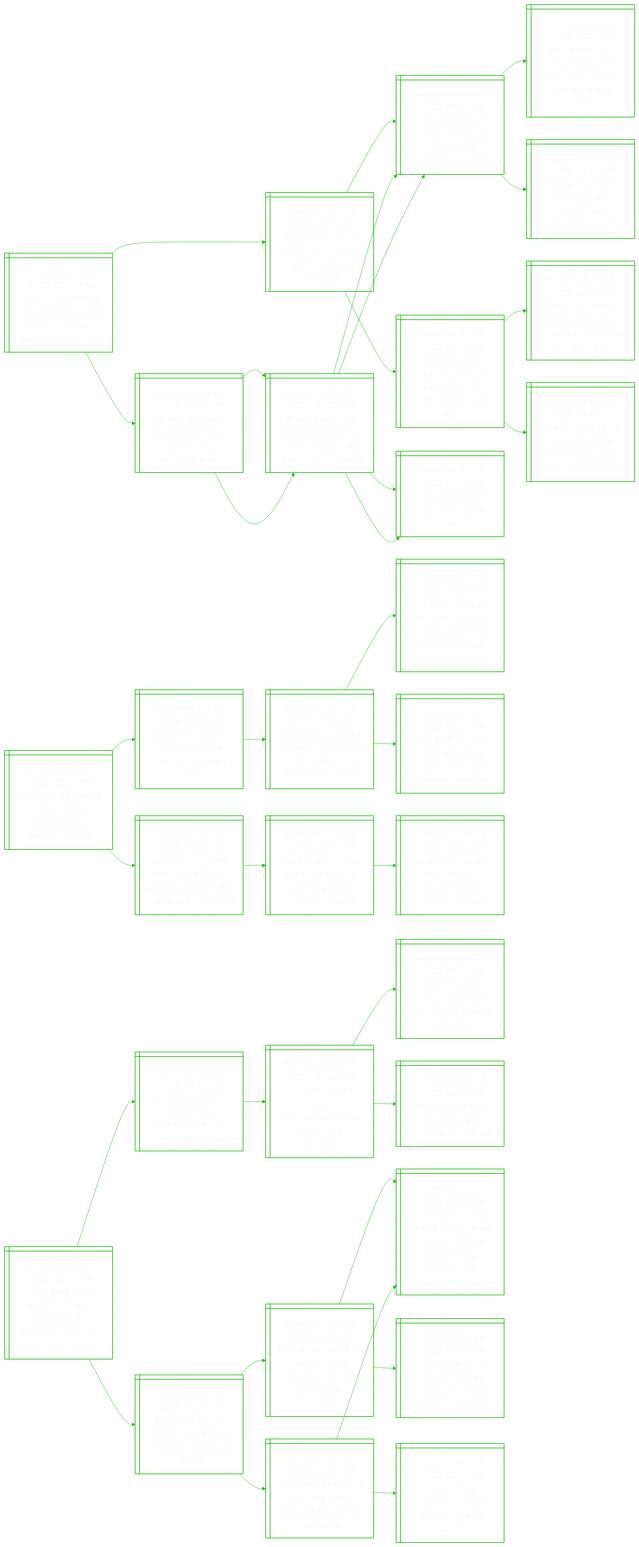
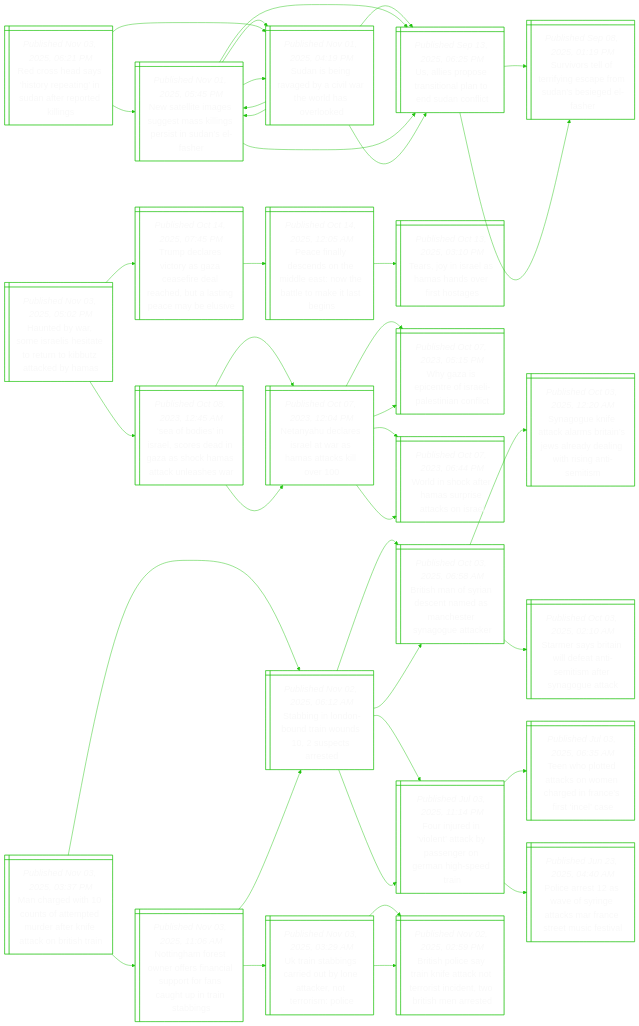
The diagram in README.md (notJmes/notJmes), drawn with Mermaid before and after one commit. The commit also changed other lines of this file, not shown here.

````diff
--- a/README.md
+++ b/README.md
@@ -16,8 +16,82 @@
 flowchart LR
 classDef txtsize font-size:20px;
 
-Bsibscktneilies@{ shape: win-pane, label: "_Published Nov 03, 2025, 03:37 PM_
-British train stabbing suspect not known to counter-terrorism police, minister says" }
+Roasopnufeel@{ shape: win-pane, label: "_Published Nov 03, 2025, 06:21 PM_
+Red cross head says ‘history repeating’ in sudan after reported killings" }
+Nttggmigsnna@{ shape: win-pane, label: "_Published Nov 01, 2025, 05:45 PM_
+New satellite images suggest mass killings persist in sudan’s el-fasher" }
+Sinayitrsld@{ shape: win-pane, label: "_Published Nov 01, 2025, 04:19 PM_
+Sudan is being ravaged by a civil war the world has overlooked" }
+Nttggmigsnna@{ shape: win-pane, label: "_Published Nov 01, 2025, 05:45 PM_
+New satellite images suggest mass killings persist in sudan’s el-fasher" }
+Uiotiandnl@{ shape: win-pane, label: "_Published Sep 13, 2025, 06:25 PM_
+Us, allies propose transitional plan to end sudan conflict" }
+Uiotiandnl@{ shape: win-pane, label: "_Published Sep 13, 2025, 06:25 PM_
+Us, allies propose transitional plan to end sudan conflict" }
+SvetfeeSsele@{ shape: win-pane, label: "_Published Sep 08, 2025, 01:19 PM_
+Survivors tell of terrifying escape from sudan’s besieged el-fasher" }
+Sinayitrsld@{ shape: win-pane, label: "_Published Nov 01, 2025, 04:19 PM_
+Sudan is being ravaged by a civil war the world has overlooked" }
+Nttggmigsnna@{ shape: win-pane, label: "_Published Nov 01, 2025, 05:45 PM_
+New satellite images suggest mass killings persist in sudan’s el-fasher" }
+Sinayitrsld@{ shape: win-pane, label: "_Published Nov 01, 2025, 04:19 PM_
+Sudan is being ravaged by a civil war the world has overlooked" }
+Uiotiandnl@{ shape: win-pane, label: "_Published Sep 13, 2025, 06:25 PM_
+Us, allies propose transitional plan to end sudan conflict" }
+Uiotiandnl@{ shape: win-pane, label: "_Published Sep 13, 2025, 06:25 PM_
+Us, allies propose transitional plan to end sudan conflict" }
+SvetfeeSsele@{ shape: win-pane, label: "_Published Sep 08, 2025, 01:19 PM_
+Survivors tell of terrifying escape from sudan’s besieged el-fasher" }
+
+Roasopnufeel:::txtsize --> Nttggmigsnna:::txtsize
+Nttggmigsnna:::txtsize --> Sinayitrsld:::txtsize
+Sinayitrsld:::txtsize --> Nttggmigsnna:::txtsize
+Sinayitrsld:::txtsize --> Uiotiandnl:::txtsize
+Nttggmigsnna:::txtsize --> Uiotiandnl:::txtsize
+Uiotiandnl:::txtsize --> SvetfeeSsele:::txtsize
+Roasopnufeel:::txtsize --> Sinayitrsld:::txtsize
+Sinayitrsld:::txtsize --> Nttggmigsnna:::txtsize
+Nttggmigsnna:::txtsize --> Sinayitrsld:::txtsize
+Nttggmigsnna:::txtsize --> Uiotiandnl:::txtsize
+Sinayitrsld:::txtsize --> Uiotiandnl:::txtsize
+Uiotiandnl:::txtsize --> SvetfeeSsele:::txtsize
+
+Heaeeetetbtea@{ shape: win-pane, label: "_Published Nov 03, 2025, 05:02 PM_
+Haunted by war, some israelis hesitate to return to kibbutz attacked by hamas" }
+Tdrcaaededlncbs@{ shape: win-pane, label: "_Published Oct 14, 2025, 07:45 PM_
+Trump declares victory as gaza ceasefire deal reached, but a lasting peace may be elusive" }
+PflcoMeNelale@{ shape: win-pane, label: "_Published Oct 14, 2025, 12:05 AM_
+Peace finally descends on the middle east: now the battle to make it last begins" }
+TjIlmnest@{ shape: win-pane, label: "_Published Oct 13, 2025, 03:10 PM_
+Tears, joy in israel as hamas hands over first hostages" }
+Sbsrcdnacaale@{ shape: win-pane, label: "_Published Oct 08, 2023, 12:45 AM_
+‘sea of bodies’ in israel, scores dead in gaza as shock hamas attack unleashes war" }
+NyeeawHakl@{ shape: win-pane, label: "_Published Oct 07, 2023, 12:04 PM_
+Netanyahu declares israel at war as hamas attacks kill over 100" }
+WzptIleint@{ shape: win-pane, label: "_Published Oct 07, 2023, 05:15 PM_
+Why gaza is epicentre of israeli-palestinian conflict" }
+Wiceapaks@{ shape: win-pane, label: "_Published Oct 07, 2023, 06:44 PM_
+World in shock after hamas surprise attacks on israel" }
+NyeeawHakl@{ shape: win-pane, label: "_Published Oct 07, 2023, 12:04 PM_
+Netanyahu declares israel at war as hamas attacks kill over 100" }
+WzptIleint@{ shape: win-pane, label: "_Published Oct 07, 2023, 05:15 PM_
+Why gaza is epicentre of israeli-palestinian conflict" }
+Wiceapaks@{ shape: win-pane, label: "_Published Oct 07, 2023, 06:44 PM_
+World in shock after hamas surprise attacks on israel" }
+
+Heaeeetetbtea:::txtsize --> Tdrcaaededlncbs:::txtsize
+Tdrcaaededlncbs:::txtsize --> PflcoMeNelale:::txtsize
+PflcoMeNelale:::txtsize --> TjIlmnest:::txtsize
+Heaeeetetbtea:::txtsize --> Sbsrcdnacaale:::txtsize
+Sbsrcdnacaale:::txtsize --> NyeeawHakl:::txtsize
+NyeeawHakl:::txtsize --> WzptIleint:::txtsize
+NyeeawHakl:::txtsize --> Wiceapaks:::txtsize
+Sbsrcdnacaale:::txtsize --> NyeeawHakl:::txtsize
+NyeeawHakl:::txtsize --> WzptIleint:::txtsize
+NyeeawHakl:::txtsize --> Wiceapaks:::txtsize
+
+MawooedeefaBsi@{ shape: win-pane, label: "_Published Nov 03, 2025, 03:37 PM_
+Man charged with 10 counts of attempted murder after knife attack on british train" }
 SiLndndpat@{ shape: win-pane, label: "_Published Nov 02, 2025, 06:12 AM_
 Stabbing in london-bound train wounds 10, 2 suspects arrested" }
 Bsoisnaceaec@{ shape: win-pane, label: "_Published Oct 03, 2025, 06:58 AM_
@@ -32,96 +106,34 @@
 Teen who plotted attacks on women charged in france’s first ‘incel’ case" }
 Pesasgaanruea@{ shape: win-pane, label: "_Published Jun 23, 2025, 04:40 AM_
 Police arrest 12 as wave of syringe attacks mar france street music festival" }
+NnFtrralorcttsi@{ shape: win-pane, label: "_Published Nov 03, 2025, 11:06 AM_
+Nottingham forest owner offers financial support for fans caught up in train stabbings" }
+SiLndndpat@{ shape: win-pane, label: "_Published Nov 02, 2025, 06:12 AM_
+Stabbing in london-bound train wounds 10, 2 suspects arrested" }
+Bsoisnaceaec@{ shape: win-pane, label: "_Published Oct 03, 2025, 06:58 AM_
+British man of syrian descent named as manchester synagogue attacker" }
+Fndoakseehpr@{ shape: win-pane, label: "_Published Jul 03, 2025, 11:14 PM_
+Four injured in ‘violent’ attack by passenger on german high-speed train" }
 Uibsitnanrsi@{ shape: win-pane, label: "_Published Nov 03, 2025, 03:29 AM_
 Uk train stabbings carried out by lone attacker, not terrorism: police" }
 BsiynectrnnBsat@{ shape: win-pane, label: "_Published Nov 02, 2025, 02:59 PM_
 British police say train knife attack not terrorist incident, two british men arrested" }
-Bsoisnaceaec@{ shape: win-pane, label: "_Published Oct 03, 2025, 06:58 AM_
-British man of syrian descent named as manchester synagogue attacker" }
-Bieaykccs@{ shape: win-pane, label: "_Published Jul 29, 2025, 02:18 PM_
-Britain tries to tackle youth knife crime crisis" }
 BsiynectrnnBsat@{ shape: win-pane, label: "_Published Nov 02, 2025, 02:59 PM_
 British police say train knife attack not terrorist incident, two british men arrested" }
-Bsoisnaceaec@{ shape: win-pane, label: "_Published Oct 03, 2025, 06:58 AM_
-British man of syrian descent named as manchester synagogue attacker" }
-Bieaykccs@{ shape: win-pane, label: "_Published Jul 29, 2025, 02:18 PM_
-Britain tries to tackle youth knife crime crisis" }
 
-Bsibscktneilies:::txtsize --> SiLndndpat:::txtsize
+MawooedeefaBsi:::txtsize --> SiLndndpat:::txtsize
 SiLndndpat:::txtsize --> Bsoisnaceaec:::txtsize
 Bsoisnaceaec:::txtsize --> Sontasaerdnhnit:::txtsize
 Bsoisnaceaec:::txtsize --> Sesaletiasot:::txtsize
 SiLndndpat:::txtsize --> Fndoakseehpr:::txtsize
 Fndoakseehpr:::txtsize --> Thttsmainina:::txtsize
 Fndoakseehpr:::txtsize --> Pesasgaanruea:::txtsize
-Bsibscktneilies:::txtsize --> Uibsitnanrsi:::txtsize
+MawooedeefaBsi:::txtsize --> NnFtrralorcttsi:::txtsize
+NnFtrralorcttsi:::txtsize --> SiLndndpat:::txtsize
+SiLndndpat:::txtsize --> Bsoisnaceaec:::txtsize
+SiLndndpat:::txtsize --> Fndoakseehpr:::txtsize
+NnFtrralorcttsi:::txtsize --> Uibsitnanrsi:::txtsize
 Uibsitnanrsi:::txtsize --> BsiynectrnnBsat:::txtsize
-BsiynectrnnBsat:::txtsize --> Bsoisnaceaec:::txtsize
-BsiynectrnnBsat:::txtsize --> Bieaykccs:::txtsize
 Uibsitnanrsi:::txtsize --> BsiynectrnnBsat:::txtsize
-BsiynectrnnBsat:::txtsize --> Bsoisnaceaec:::txtsize
-BsiynectrnnBsat:::txtsize --> Bieaykccs:::txtsize
-
-RfSiarutOin@{ shape: win-pane, label: "_Published Nov 03, 2025, 12:20 PM_
-Ready for it? swifties swarm german museum to see ophelia painting" }
-TrtkegrtSib@{ shape: win-pane, label: "_Published Oct 04, 2025, 05:03 AM_
-Taylor swift breaks streaming records with new showgirl album" }
-Trtehrikinfdes@{ shape: win-pane, label: "_Published Sep 22, 2025, 12:50 PM_
-Taylor swift’s life of a showgirl movie racks up $19 million in us first-day pre-sales" }
-IooTrtwrddarwiTse@{ shape: win-pane, label: "_Published Aug 30, 2025, 04:47 PM_
-It’s a love story as taylor swift sets world record in podcast appearance with fiance travis kelce" }
-TrtrKangetorc@{ shape: win-pane, label: "_Published Aug 27, 2025, 01:29 AM_
-Taylor swift and travis kelce announce engagement after two-year romance" }
-WoaSSiwloeoomt@{ shape: win-pane, label: "_Published Oct 16, 2025, 02:45 PM_
-Want to be a taylor swift showgirl? how to pull off orange, the colour of the moment" }
-Wowhosoaulso@{ shape: win-pane, label: "_Published Feb 03, 2025, 05:00 AM_
-Want to know which hues look best on you? try a colour analysis session" }
-Snsoebtnoasss@{ shape: win-pane, label: "_Published Feb 03, 2025, 05:00 AM_
-Student-run studio shades doubters to shine in colour analysis business" }
-
-RfSiarutOin:::txtsize --> TrtkegrtSib:::txtsize
-TrtkegrtSib:::txtsize --> Trtehrikinfdes:::txtsize
-Trtehrikinfdes:::txtsize --> IooTrtwrddarwiTse:::txtsize
-Trtehrikinfdes:::txtsize --> TrtrKangetorc:::txtsize
-RfSiarutOin:::txtsize --> WoaSSiwloeoomt:::txtsize
-WoaSSiwloeoomt:::txtsize --> Wowhosoaulso:::txtsize
-Wowhosoaulso:::txtsize --> Snsoebtnoasss:::txtsize
-
-TsSywteaasamd@{ shape: win-pane, label: "_Published Nov 03, 2025, 11:46 AM_
-Trump says us not eyeing war with venezuela, but maduro’s days are numbered" }
-UiaegonllTs@{ shape: win-pane, label: "_Published Oct 15, 2025, 04:50 AM_
-Us strike on alleged drug boat off venezuela kills six, trump says" }
-Ugcumtoeonns@{ shape: win-pane, label: "_Published Sep 02, 2025, 09:49 PM_
-Us judge blocks trump administration’s use of troops in los angeles" }
-TdyisiieAet@{ shape: win-pane, label: "_Published Jun 10, 2025, 06:38 AM_
-Trump deploys marines as tensions rise over los angeles protests" }
-CosrelylLt@{ shape: win-pane, label: "_Published Aug 13, 2025, 08:03 AM_
-California says trump sent military to ‘silence’ la protests" }
-Eirdyroersl@{ shape: win-pane, label: "_Published Oct 31, 2025, 06:16 PM_
-Explainer: are the deadly us strikes on alleged drug vessels legal?​" }
-Nselgufexeeov@{ shape: win-pane, label: "_Published Oct 29, 2025, 01:00 AM_
-New us strikes kill 14 alleged drug traffickers, mexico leads rescue of survivor" }
-Uidycceuomasnswee@{ shape: win-pane, label: "_Published Oct 25, 2025, 02:00 AM_
-Us military deploys aircraft carrier group to south america amid soaring tensions with venezuela" }
-TcrAotnzrnsou@{ shape: win-pane, label: "_Published Oct 16, 2025, 06:05 AM_
-Trump confirms cia authorisation in venezuela, raising pressure on maduro" }
-VulClaaispbr@{ shape: win-pane, label: "_Published Oct 28, 2025, 01:03 PM_
-Venezuela claims cia ‘false flag’ attack foiled, as us deploys bombers" }
-Tseaonencl@{ shape: win-pane, label: "_Published Oct 24, 2025, 05:55 AM_
-Trump says declaration of war not needed on drug cartels" }
-Uidycceuomasnswee@{ shape: win-pane, label: "_Published Oct 25, 2025, 02:00 AM_
-Us military deploys aircraft carrier group to south america amid soaring tensions with venezuela" }
-
-TsSywteaasamd:::txtsize --> UiaegonllTs:::txtsize
-UiaegonllTs:::txtsize --> Ugcumtoeonns:::txtsize
-Ugcumtoeonns:::txtsize --> TdyisiieAet:::txtsize
-Ugcumtoeonns:::txtsize --> CosrelylLt:::txtsize
-TsSywteaasamd:::txtsize --> Eirdyroersl:::txtsize
-Eirdyroersl:::txtsize --> Nselgufexeeov:::txtsize
-Nselgufexeeov:::txtsize --> Uidycceuomasnswee:::txtsize
-Nselgufexeeov:::txtsize --> TcrAotnzrnsou:::txtsize
-Eirdyroersl:::txtsize --> VulClaaispbr:::txtsize
-VulClaaispbr:::txtsize --> Tseaonencl:::txtsize
-VulClaaispbr:::txtsize --> Uidycceuomasnswee:::txtsize
 
 ```
````
